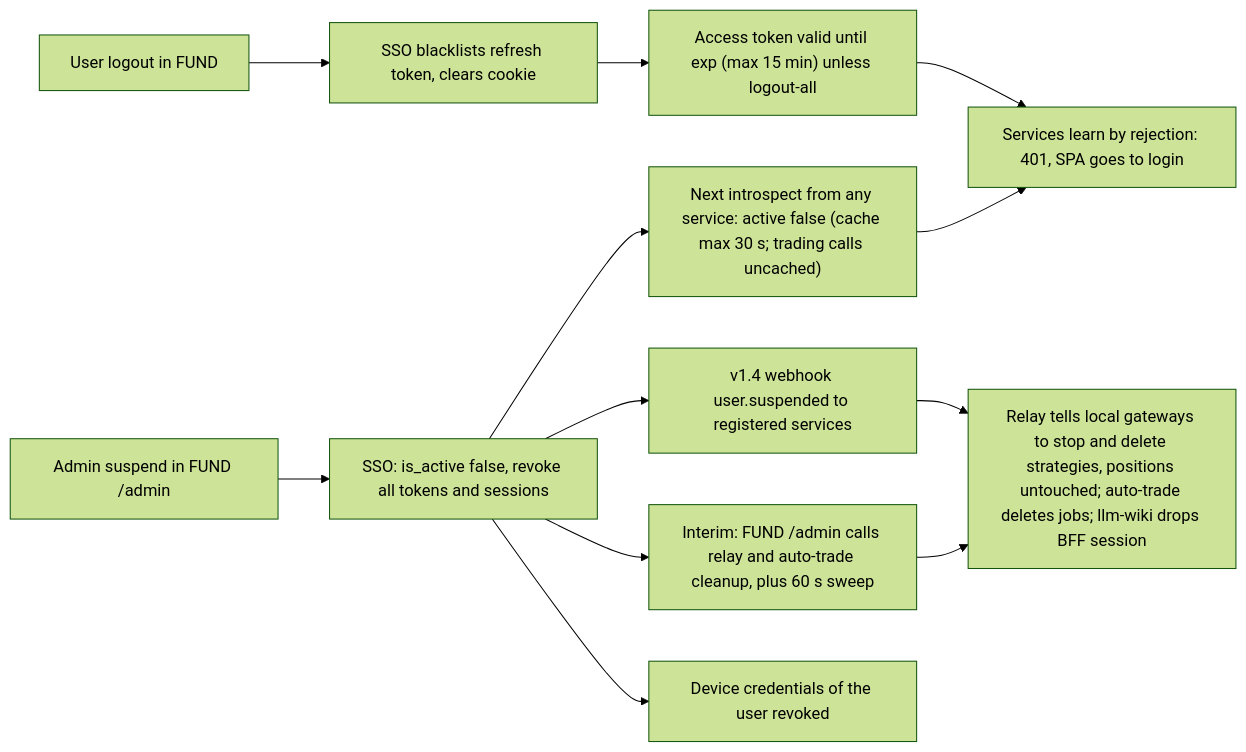
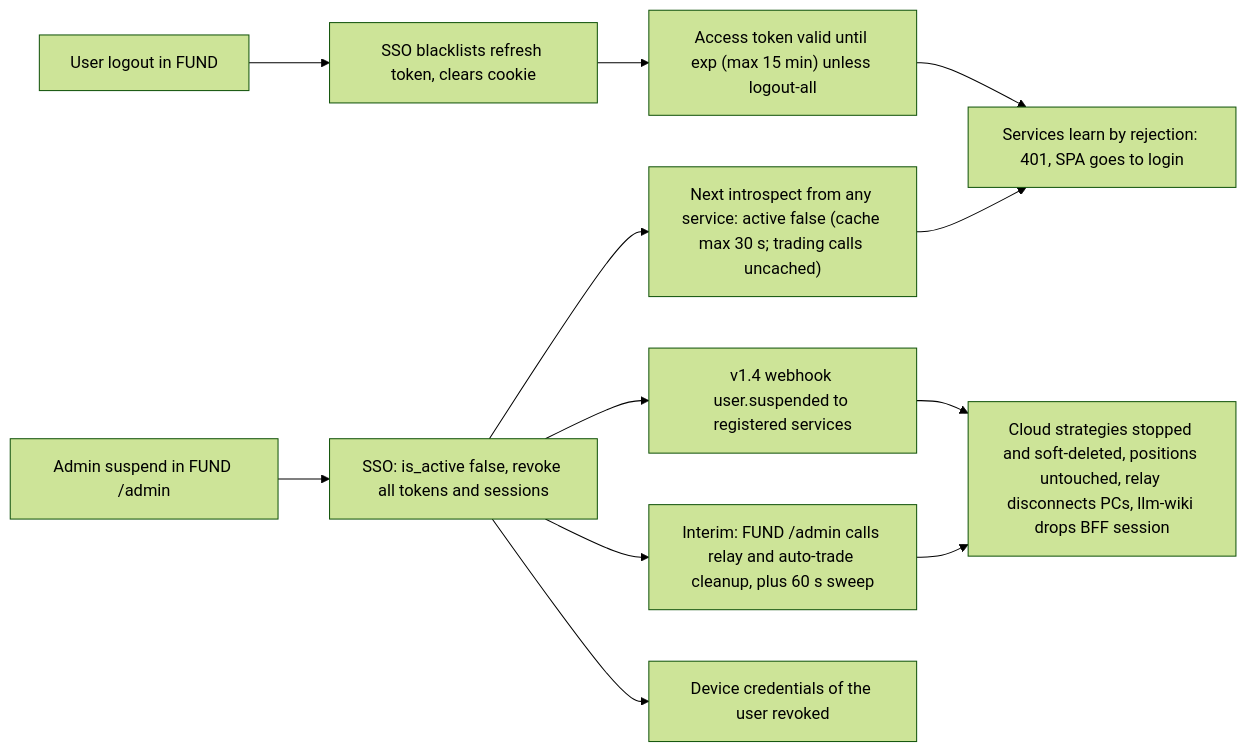
Diagram 16 of 16 in docs/ECOSYSTEM-INTEGRATION.md (Neural-Matrix-LLC/SSO-server), drawn with Mermaid (forest theme) before and after one commit. The commit also changed other lines of this file and 3 other files, not shown here.

````diff
--- a/docs/ECOSYSTEM-INTEGRATION.md
+++ b/docs/ECOSYSTEM-INTEGRATION.md
@@ -795,14 +823,14 @@
 ```mermaid
 flowchart LR
   L["User logout in FUND"] --> R1["SSO blacklists refresh token, clears cookie"]
   R1 --> R2["Access token valid until exp (max 15 min) unless logout-all"]
   S["Admin suspend in FUND /admin"] --> S1["SSO: is_active false, revoke all tokens and sessions"]
   S1 --> S2["Next introspect from any service: active false (cache max 30 s; trading calls uncached)"]
   S1 --> S3["v1.4 webhook user.suspended to registered services"]
   S1 --> S5["Interim: FUND /admin calls relay and auto-trade cleanup, plus 60 s sweep"]
   S1 --> S6["Device credentials of the user revoked"]
-  S3 --> S4["Relay tells local gateways to stop and delete strategies, positions untouched; auto-trade deletes jobs; llm-wiki drops BFF session"]
+  S3 --> S4["Cloud strategies stopped and soft-deleted, positions untouched, relay disconnects PCs, llm-wiki drops BFF session"]
   S5 --> S4
   R2 --> X["Services learn by rejection: 401, SPA goes to login"]
   S2 --> X
 ```
````
